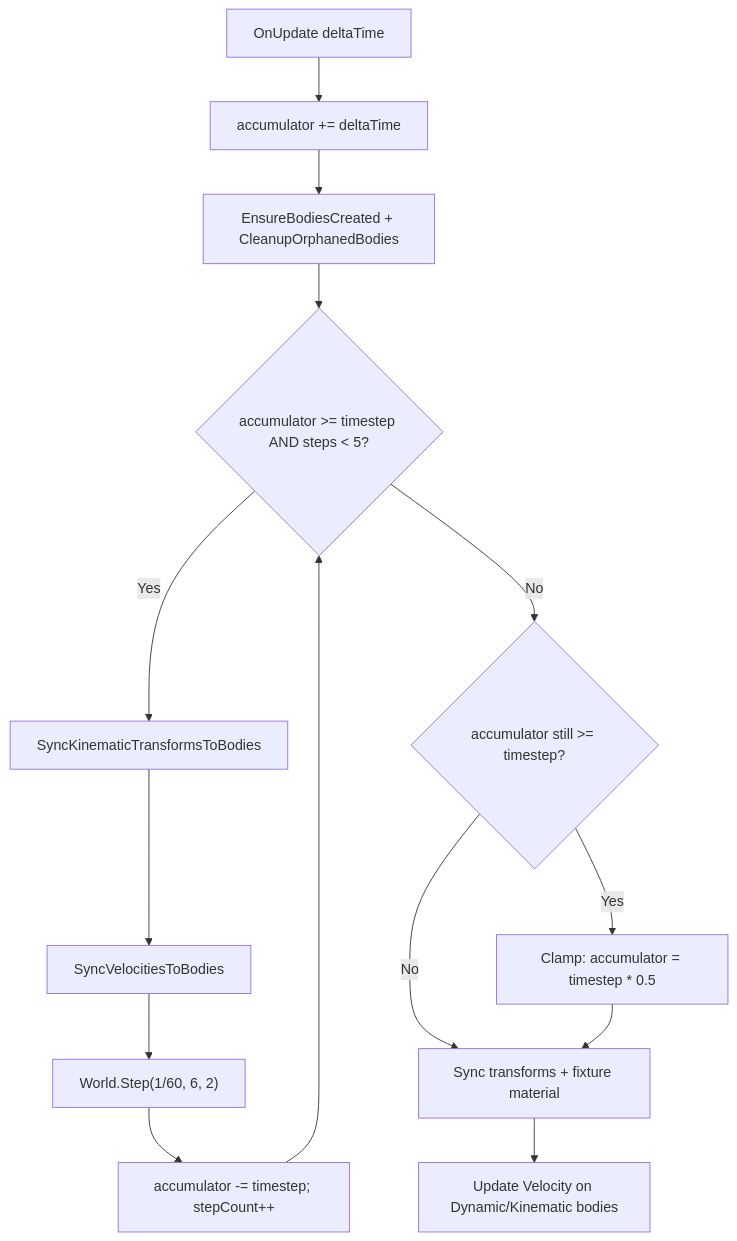
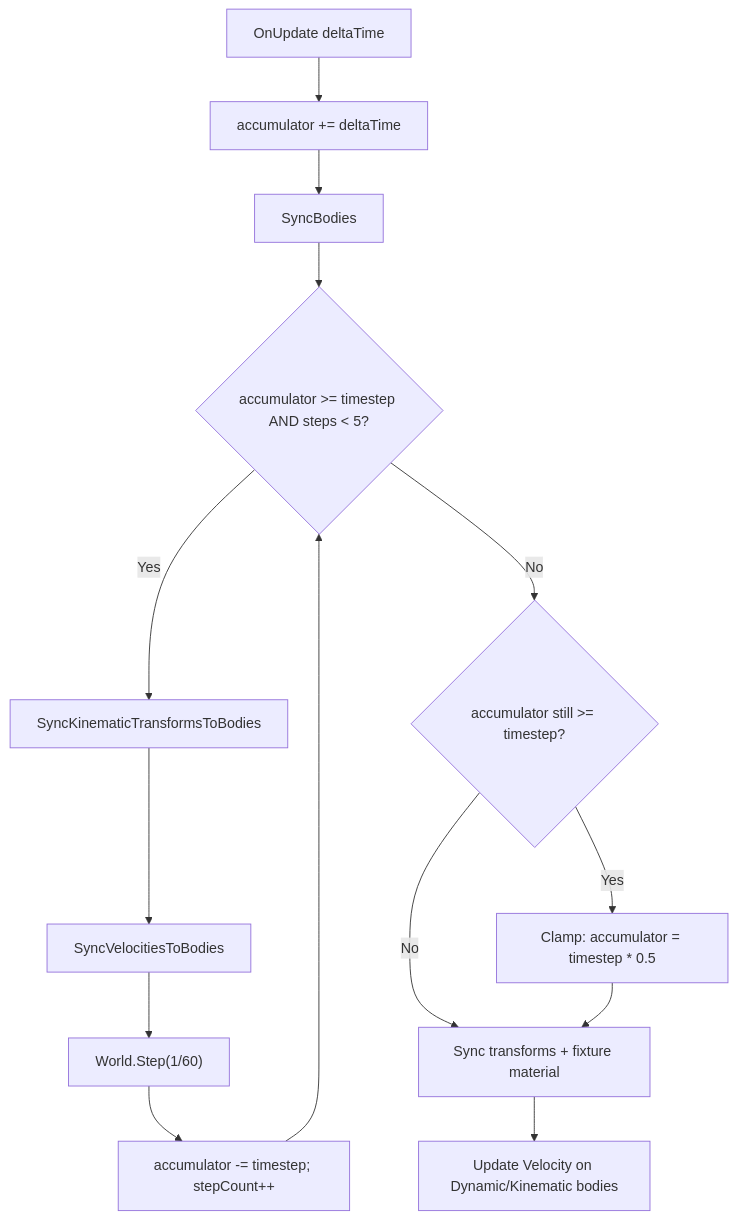
Before and after one commit to kateusz/GameEngine: the third of 4 diagrams in docs/architecture/physics-system.md, drawn with Mermaid. The commit also changed other lines of this file and 36 other files, not shown here.

````diff
--- a/docs/architecture/physics-system.md
+++ b/docs/architecture/physics-system.md
@@ -170,16 +159,16 @@
 ```mermaid
 flowchart TD
     A[OnUpdate deltaTime] --> B[accumulator += deltaTime]
-    B --> C[EnsureBodiesCreated + CleanupOrphanedBodies]
+    B --> C[SyncBodies]
     C --> D{accumulator >= timestep AND steps < 5?}
     D -->|Yes| E[SyncKinematicTransformsToBodies]
     E --> F[SyncVelocitiesToBodies]
-    F --> G["World.Step(1/60, 6, 2)"]
+    F --> G["World.Step(1/60)"]
     G --> H[accumulator -= timestep; stepCount++]
     H --> D
     D -->|No| I{accumulator still >= timestep?}
     I -->|Yes| J["Clamp: accumulator = timestep * 0.5"]
     I -->|No| K[Sync transforms + fixture material]
     J --> K
     K --> L[Update Velocity on Dynamic/Kinematic bodies]
 ```
````
